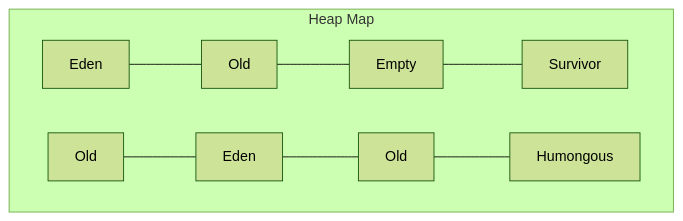
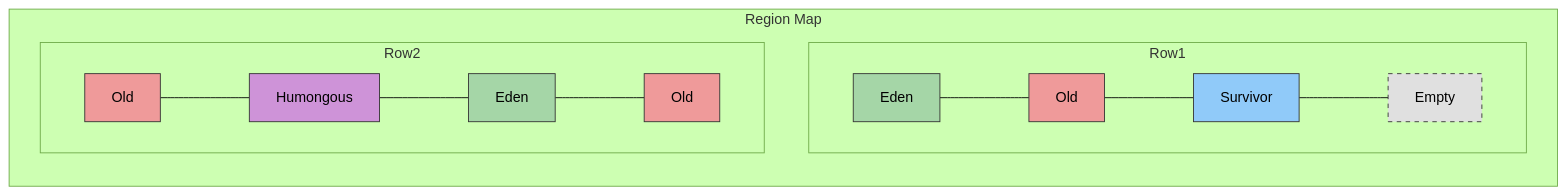
Before and after one commit to jyukki97/study-blog: the third of 3 diagrams in content/learning/deep-dive/deep-dive-java-gc.md, drawn with Mermaid (forest theme). The commit also changed other lines of this file and 85 other files, not shown here.

````diff
--- a/content/learning/deep-dive/deep-dive-java-gc.md
+++ b/content/learning/deep-dive/deep-dive-java-gc.md
@@ -65,7 +89,23 @@
 ```mermaid
-graph TD
-    subgraph Heap Map
-    R1[Eden] --- R2[Old] --- R3[Empty] --- R4[Survivor]
-    R5[Old] --- R6[Eden] --- R7[Old] --- R8[Humongous]
+graph TB
+    subgraph Region Map
+    direction TB
+        subgraph Row1
+        direction LR
+        R1[Eden] --- R2[Old] --- R3[Survivor] --- R4[Empty]
+        end
+        subgraph Row2
+        direction LR
+        R5[Old] --- R6[Humongous] --- R7[Eden] --- R8[Old]
+        end
     end
+    
+    style R1 fill:#a5d6a7,stroke:#333
+    style R7 fill:#a5d6a7,stroke:#333
+    style R3 fill:#90caf9,stroke:#333
+    style R2 fill:#ef9a9a,stroke:#333
+    style R5 fill:#ef9a9a,stroke:#333
+    style R8 fill:#ef9a9a,stroke:#333
+    style R6 fill:#ce93d8,stroke:#333
+    style R4 fill:#e0e0e0,stroke:#333,stroke-dasharray: 5 5
 ```
````
